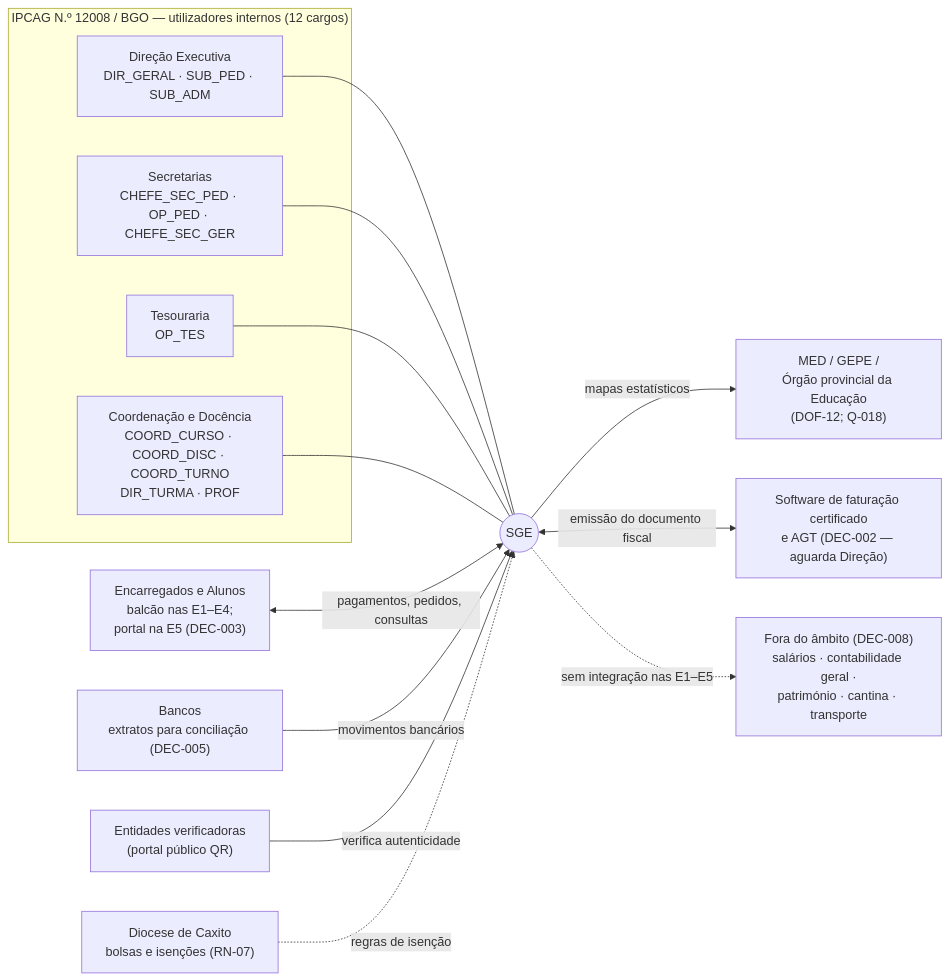
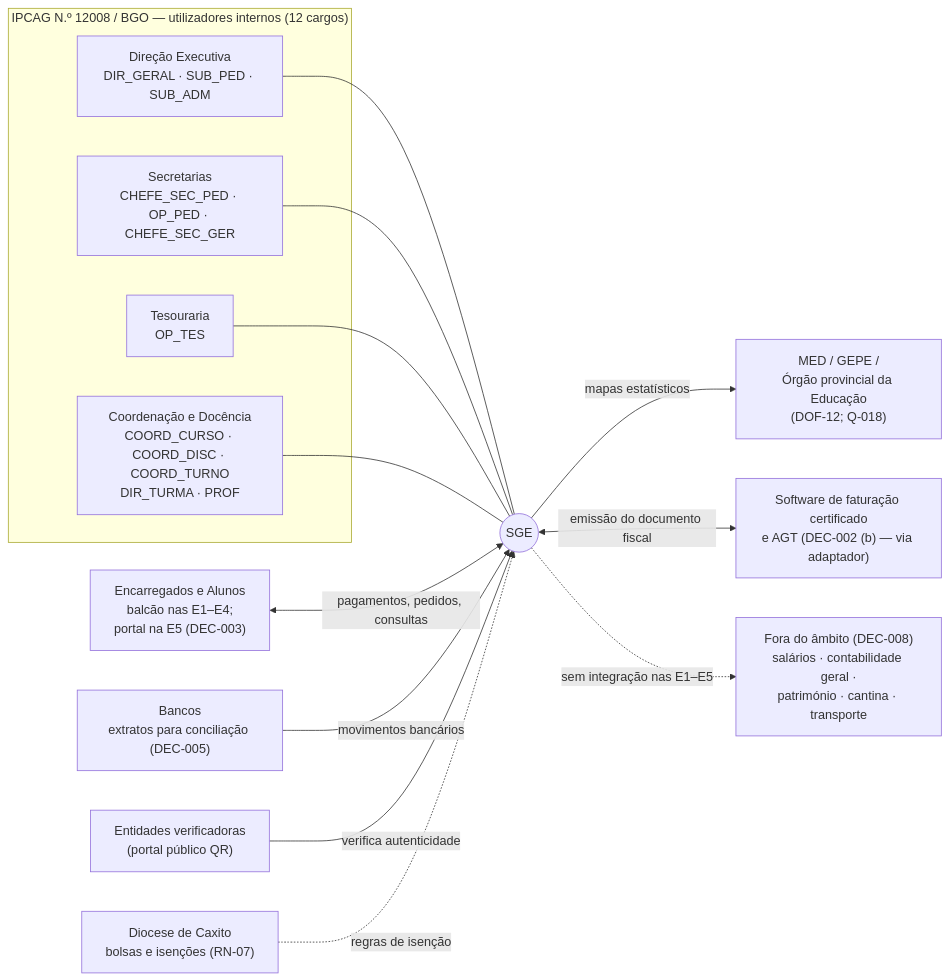
The first of 2 diagrams in 01 - Projetos/SGE - IPCAG 12008 BGO/20 - Qualidade e Operacao/06 - Visao e Ambito.md (Angeloaqp/sge-ipcag-12008), drawn with Mermaid before and after one commit. The commit also changed other lines of this file and 11 other files, not shown here.

First line of the commit message:
VER-02 G1: aplicar a DEC-002 (emissor fiscal via adaptador) em toda a especificação

````diff
--- a/01 - Projetos/SGE - IPCAG 12008 BGO/20 - Qualidade e Operacao/06 - Visao e Ambito.md
+++ b/01 - Projetos/SGE - IPCAG 12008 BGO/20 - Qualidade e Operacao/06 - Visao e Ambito.md
@@ -66,28 +66,28 @@
 ```mermaid
 flowchart LR
     subgraph IPCAG["IPCAG N.º 12008 / BGO — utilizadores internos (12 cargos)"]
         DIR["Direção Executiva<br>DIR_GERAL · SUB_PED · SUB_ADM"]
         SEC["Secretarias<br>CHEFE_SEC_PED · OP_PED · CHEFE_SEC_GER"]
         TES["Tesouraria<br>OP_TES"]
         DOC["Coordenação e Docência<br>COORD_CURSO · COORD_DISC · COORD_TURNO<br>DIR_TURMA · PROF"]
     end
     SGE(("SGE"))
     DIR --- SGE
     SEC --- SGE
     TES --- SGE
     DOC --- SGE
     ENC["Encarregados e Alunos<br>balcão nas E1–E4;<br>portal na E5 (DEC-003)"]
     MED["MED / GEPE /<br>Órgão provincial da Educação<br>(DOF-12; Q-018)"]
-    FIS["Software de faturação certificado<br>e AGT (DEC-002 — aguarda Direção)"]
+    FIS["Software de faturação certificado<br>e AGT (DEC-002 (b) — via adaptador)"]
     BAN["Bancos<br>extratos para conciliação (DEC-005)"]
     VER["Entidades verificadoras<br>(portal público QR)"]
     DIO["Diocese de Caxito<br>bolsas e isenções (RN-07)"]
     FORA["Fora do âmbito (DEC-008)<br>salários · contabilidade geral ·<br>património · cantina · transporte"]
     ENC <-->|"pagamentos, pedidos, consultas"| SGE
     SGE -->|"mapas estatísticos"| MED
     SGE <-->|"emissão do documento fiscal"| FIS
     BAN -->|"movimentos bancários"| SGE
     VER -->|"verifica autenticidade"| SGE
     DIO -.->|"regras de isenção"| SGE
     SGE -.->|"sem integração nas E1–E5"| FORA
 ```
````
